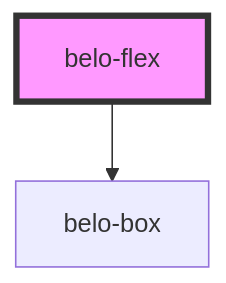
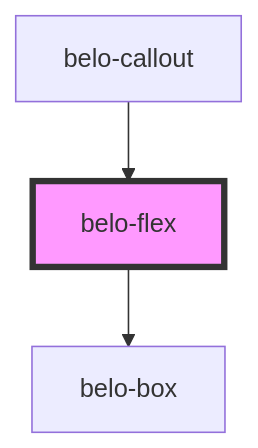
Before and after one commit to KonstantinBelenko/Belo: the diagram in src/components/belo-flex/readme.md, drawn with Mermaid. The commit also changed other lines of this file and 14 other files, not shown here.

````diff
--- a/src/components/belo-flex/readme.md
+++ b/src/components/belo-flex/readme.md
@@ -27,5 +31,6 @@
 ```mermaid
 graph TD;
   belo-flex --> belo-box
+  belo-callout --> belo-flex
   style belo-flex fill:#f9f,stroke:#333,stroke-width:4px
 ```
````
